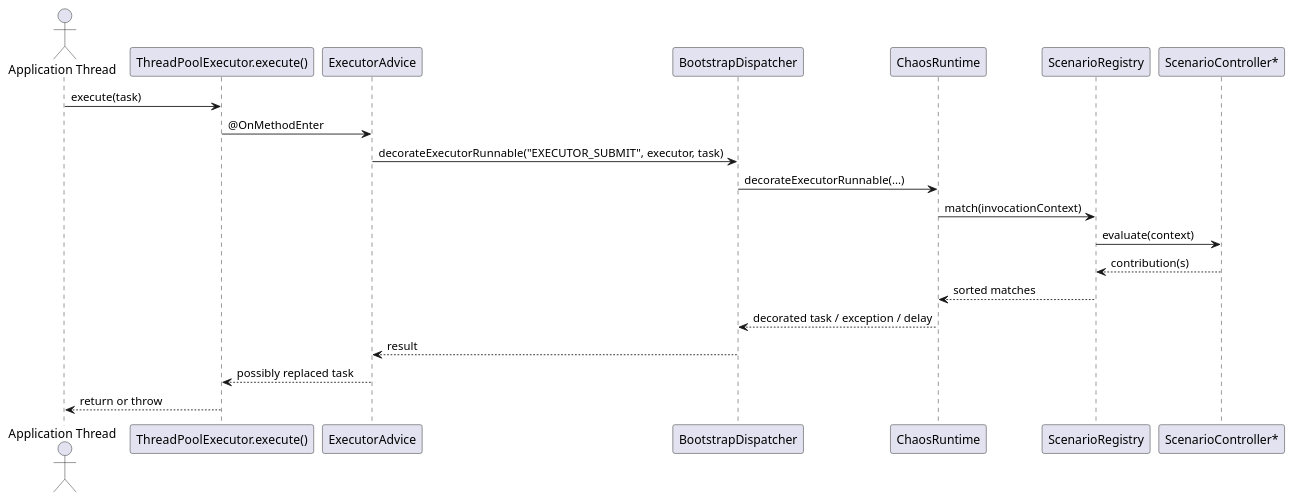
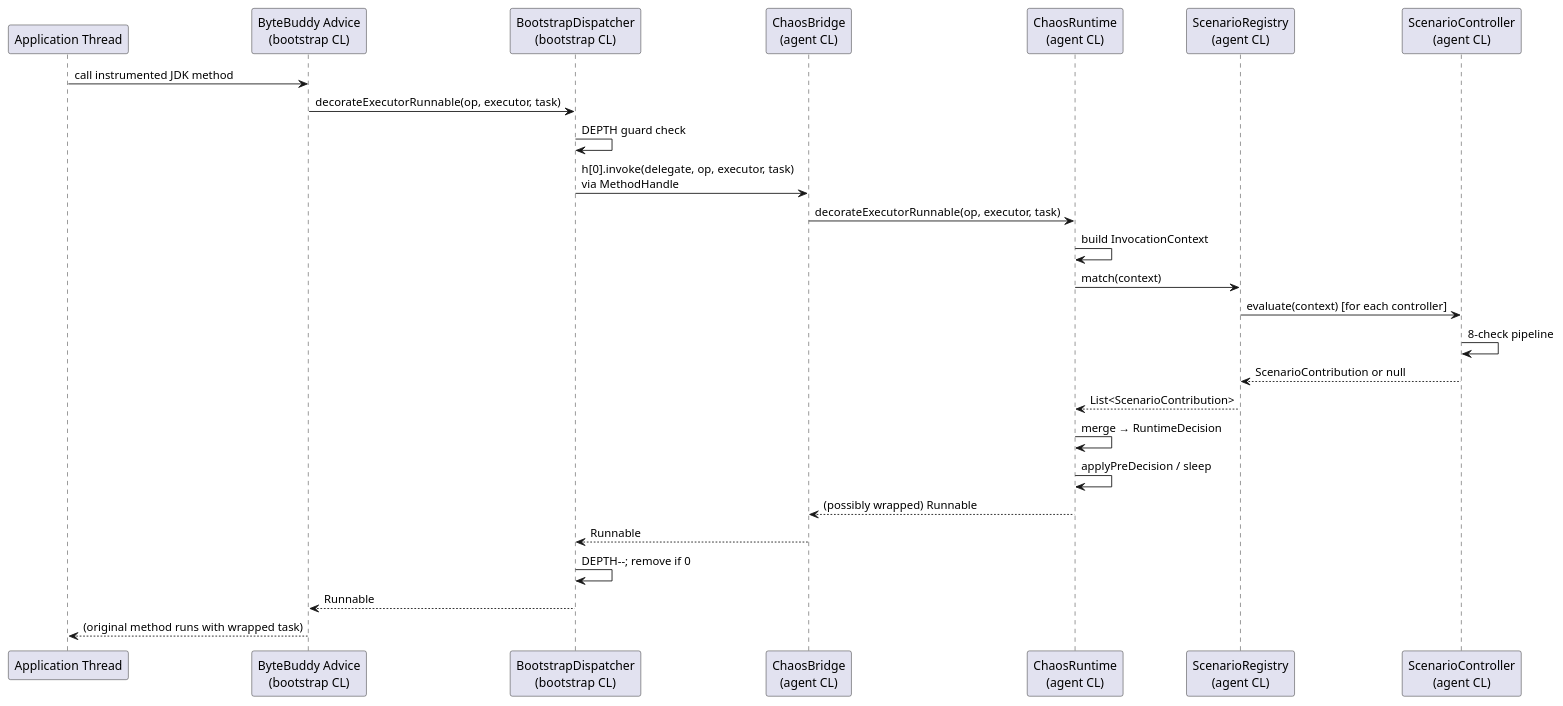
One commit to macstab/macstab-chaos-jvm-agent changed the second of 4 diagrams in docs/overall-agent.md. Above: the diagram before and after it, drawn with PlantUML. The commit also changed other lines of this file and 303 other files, not shown here.

````diff
--- a/docs/overall-agent.md
+++ b/docs/overall-agent.md
@@ -179,24 +279,30 @@
 ```plantuml
 @startuml
-actor "Application Thread" as Caller
-participant "ThreadPoolExecutor.execute()" as Exec
-participant "ExecutorAdvice" as Advice
-participant "BootstrapDispatcher" as Dispatcher
-participant "ChaosRuntime" as Runtime
-participant "ScenarioRegistry" as Registry
-participant "ScenarioController*" as Controller
+participant "Application Thread" as T
+participant "ByteBuddy Advice\n(bootstrap CL)" as A
+participant "BootstrapDispatcher\n(bootstrap CL)" as BD
+participant "ChaosBridge\n(agent CL)" as CB
+participant "ChaosRuntime\n(agent CL)" as CR
+participant "ScenarioRegistry\n(agent CL)" as SR
+participant "ScenarioController\n(agent CL)" as SC
 
-Caller -> Exec : execute(task)
-Exec -> Advice : @OnMethodEnter
-Advice -> Dispatcher : decorateExecutorRunnable("EXECUTOR_SUBMIT", executor, task)
-Dispatcher -> Runtime : decorateExecutorRunnable(...)
-Runtime -> Registry : match(invocationContext)
-Registry -> Controller : evaluate(context)
-Controller --> Registry : contribution(s)
-Registry --> Runtime : sorted matches
-Runtime --> Dispatcher : decorated task / exception / delay
-Dispatcher --> Advice : result
-Advice --> Exec : possibly replaced task
-Exec --> Caller : return or throw
+T -> A: call instrumented JDK method
+A -> BD: decorateExecutorRunnable(op, executor, task)
+BD -> BD: DEPTH guard check
+BD -> CB: h[0].invoke(delegate, op, executor, task)\nvia MethodHandle
+CB -> CR: decorateExecutorRunnable(op, executor, task)
+CR -> CR: build InvocationContext
+CR -> SR: match(context)
+SR -> SC: evaluate(context) [for each controller]
+SC -> SC: 8-check pipeline
+SC --> SR: ScenarioContribution or null
+SR --> CR: List<ScenarioContribution>
+CR -> CR: merge → RuntimeDecision
+CR -> CR: applyPreDecision / sleep
+CR --> CB: (possibly wrapped) Runnable
+CB --> BD: Runnable
+BD -> BD: DEPTH--; remove if 0
+BD --> A: Runnable
+A --> T: (original method runs with wrapped task)
 @enduml
 ```
````
